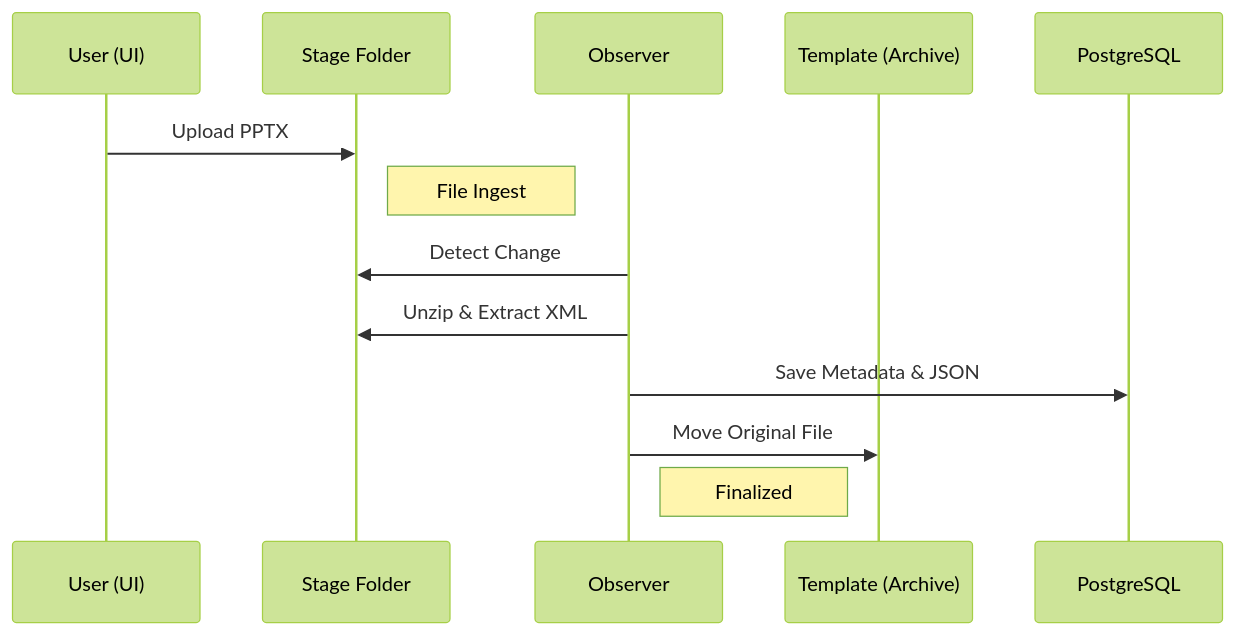
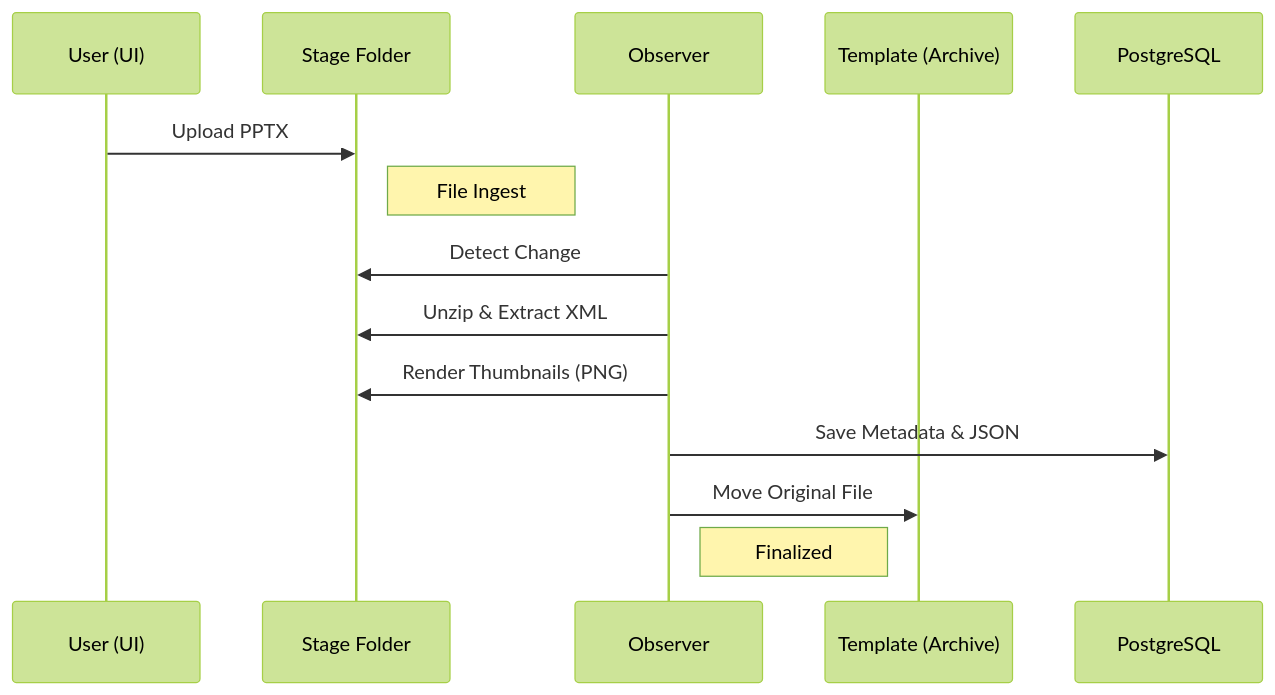
Before and after one commit to gnemet/SlideForge: the first of 2 diagrams in docs/workflow.md, drawn with Mermaid (forest theme). The commit also changed 2 other files, not shown here.

Commit message:
Docs: Updated process flow and workflow diagrams to include visual pipeline.
- Explicitly added 'Render Thumbnails' and '/thumbnails' storage steps to Mermaid diagrams.
- Segregated 'Visual Pipeline', 'Data Pipeline', and 'Persistence Tier' in architectural graphs.
- Ensured 1:1 alignment between technical documentation and implemented observer logic.

````diff
--- a/docs/workflow.md
+++ b/docs/workflow.md
@@ -7,16 +7,17 @@
 ```mermaid
 sequenceDiagram
     participant U as User (UI)
     participant S as Stage Folder
     participant O as Observer
     participant T as Template (Archive)
     participant D as PostgreSQL
     
     U->>S: Upload PPTX
     Note right of S: File Ingest
     O->>S: Detect Change
     O->>S: Unzip & Extract XML
+    O->>S: Render Thumbnails (PNG)
     O->>D: Save Metadata & JSON
     O->>T: Move Original File
     Note left of T: Finalized
 ```
````
